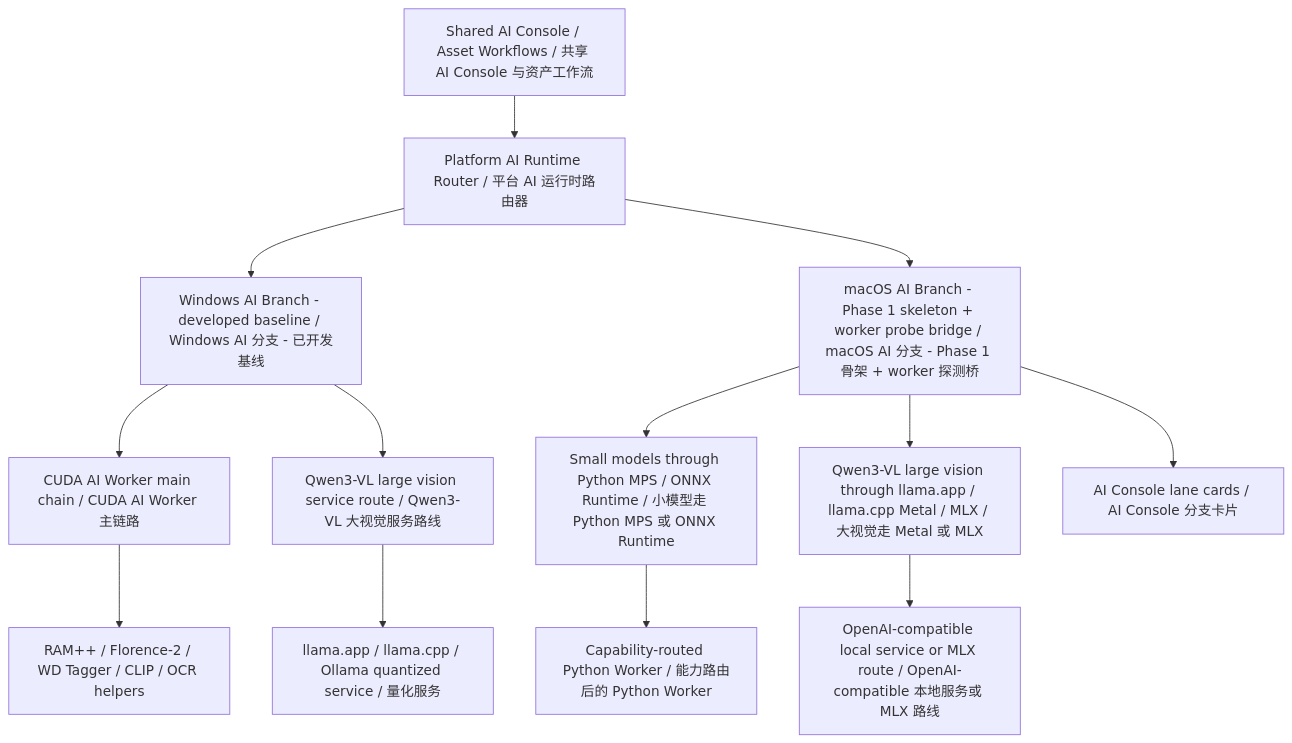
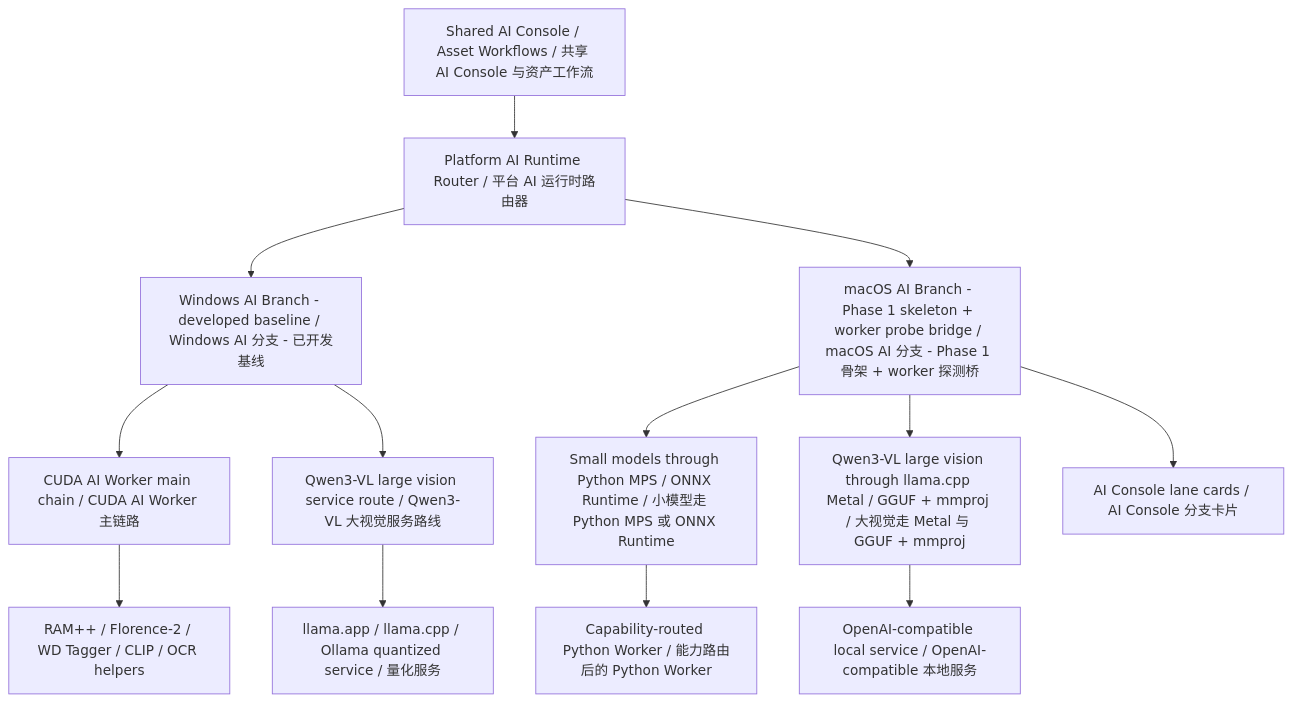
The fifth of 6 diagrams in docs/architecture-mindmap.md (zhr0210/design-asset-manager), drawn with Mermaid before and after one commit. The commit also changed other lines of this file and 56 other files, not shown here.

````diff
--- a/docs/architecture-mindmap.md
+++ b/docs/architecture-mindmap.md
@@ -267,17 +266,17 @@
 ```mermaid
 flowchart TB
   SharedUI["Shared AI Console / Asset Workflows / 共享 AI Console 与资产工作流"] --> RuntimeRouter["Platform AI Runtime Router / 平台 AI 运行时路由器"]
   RuntimeRouter --> WindowsBranch["Windows AI Branch - developed baseline / Windows AI 分支 - 已开发基线"]
   RuntimeRouter --> MacBranch["macOS AI Branch - Phase 1 skeleton + worker probe bridge / macOS AI 分支 - Phase 1 骨架 + worker 探测桥"]
 
   WindowsBranch --> WinSmall["CUDA AI Worker main chain / CUDA AI Worker 主链路"]
   WindowsBranch --> WinLarge["Qwen3-VL large vision service route / Qwen3-VL 大视觉服务路线"]
   WinSmall --> WinCoop["RAM++ / Florence-2 / WD Tagger / CLIP / OCR helpers"]
   WinLarge --> WinService["llama.app / llama.cpp / Ollama quantized service / 量化服务"]
 
   MacBranch --> MacSmall["Small models through Python MPS / ONNX Runtime / 小模型走 Python MPS 或 ONNX Runtime"]
-  MacBranch --> MacLarge["Qwen3-VL large vision through llama.app / llama.cpp Metal / MLX / 大视觉走 Metal 或 MLX"]
+  MacBranch --> MacLarge["Qwen3-VL large vision through llama.cpp Metal / GGUF + mmproj / 大视觉走 Metal 与 GGUF + mmproj"]
   MacBranch --> MacConsole["AI Console lane cards / AI Console 分支卡片"]
   MacSmall --> MacWorker["Capability-routed Python Worker / 能力路由后的 Python Worker"]
-  MacLarge --> MacService["OpenAI-compatible local service or MLX route / OpenAI-compatible 本地服务或 MLX 路线"]
+  MacLarge --> MacService["OpenAI-compatible local service / OpenAI-compatible 本地服务"]
 ```
````
